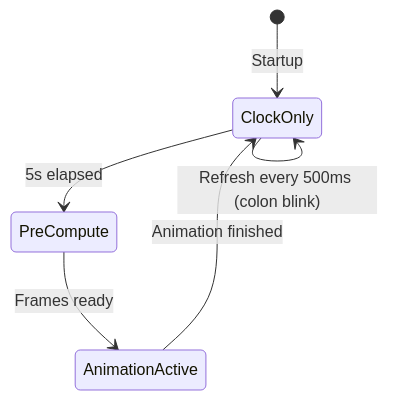
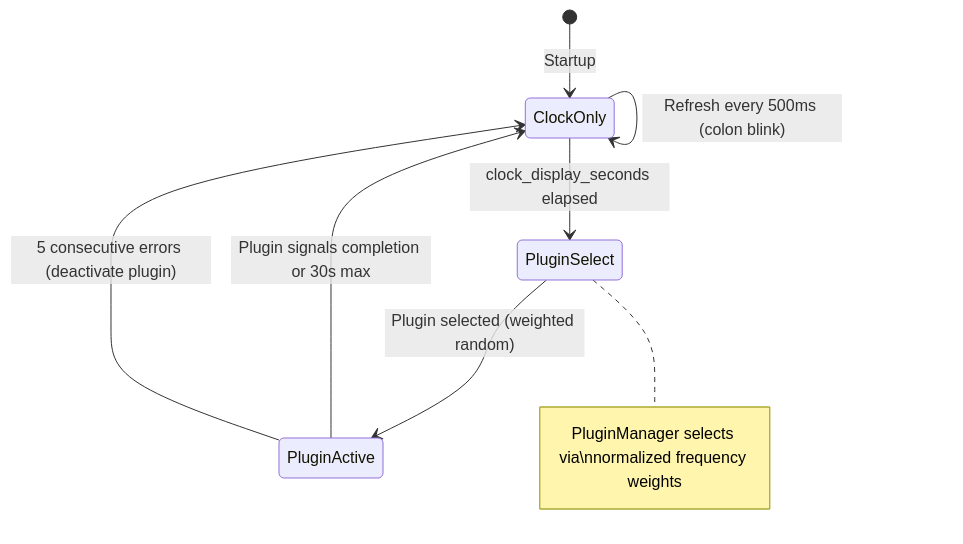
One commit to DMDTools/zeClock changed the third of 3 diagrams in docs/architecture.md. Above: the diagram before and after it, drawn with Mermaid. The commit also changed other lines of this file and 42 other files, not shown here.

````diff
--- a/docs/architecture.md
+++ b/docs/architecture.md
@@ -137,8 +168,10 @@
 ```mermaid
 stateDiagram-v2
     [*] --> ClockOnly: Startup
-    ClockOnly --> PreCompute: 5s elapsed
-    PreCompute --> AnimationActive: Frames ready
-    AnimationActive --> ClockOnly: Animation finished
+    ClockOnly --> PluginSelect: clock_display_seconds elapsed
+    PluginSelect --> PluginActive: Plugin selected (weighted random)
+    PluginActive --> ClockOnly: Plugin signals completion or 30s max
+    PluginActive --> ClockOnly: 5 consecutive errors (deactivate plugin)
     ClockOnly --> ClockOnly: Refresh every 500ms (colon blink)
+    note right of PluginSelect: PluginManager selects via\nnormalized frequency weights
 ```
````
